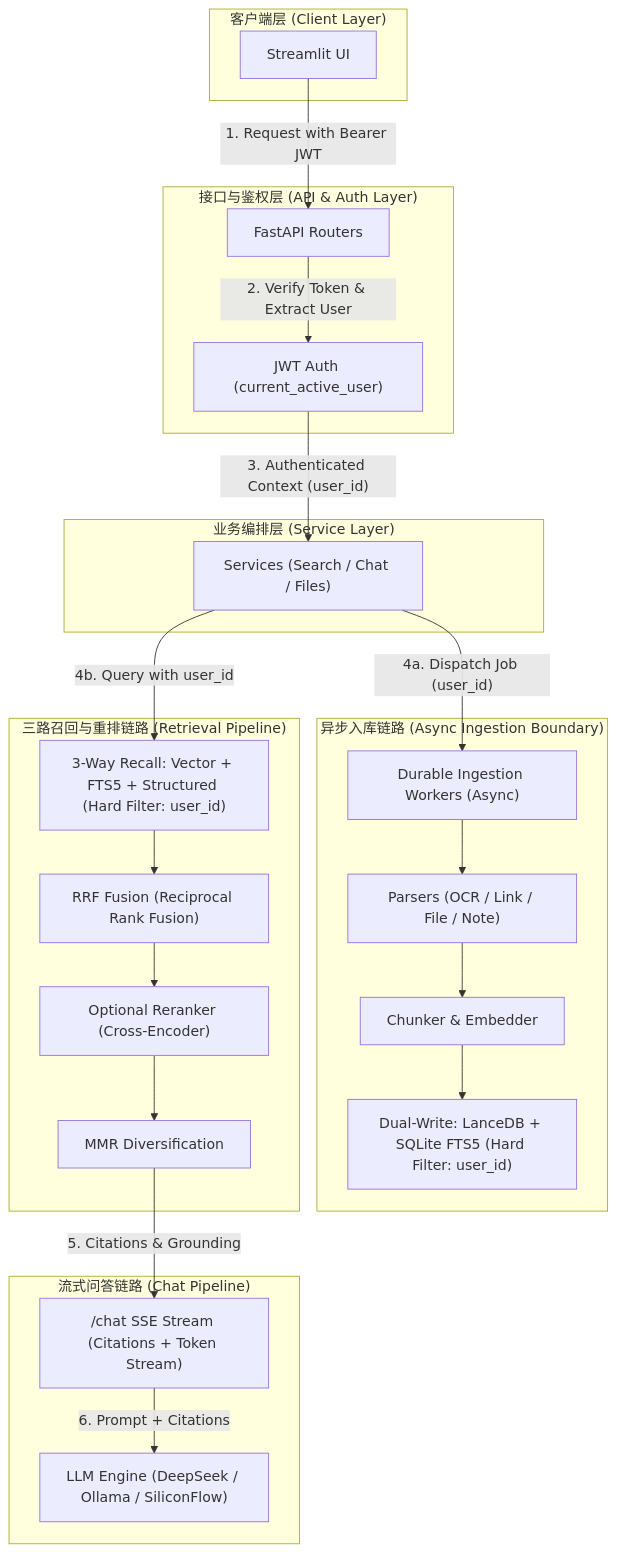
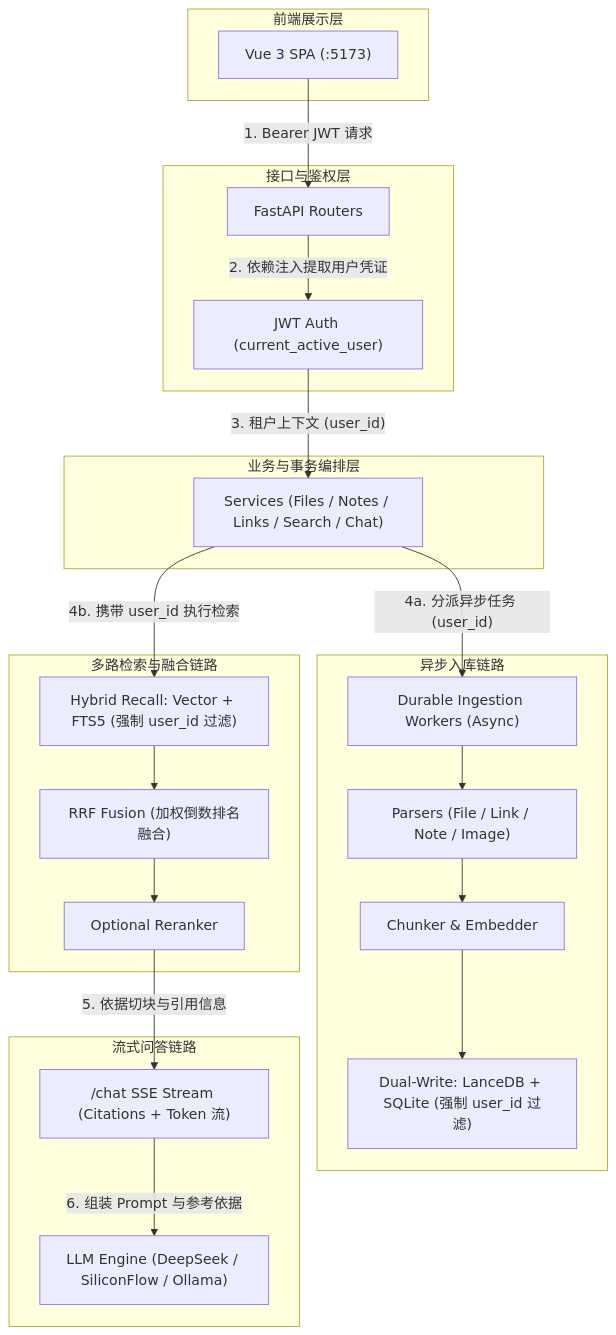
Before and after one commit to lanzaoi/wenjv: the diagram in specs/architecture.md, drawn with Mermaid. The commit also changed other lines of this file and 256 other files, not shown here.

First line of the commit message:
feat(core): upgrade to multimodal RAG with adaptive image search and multi-turn visual chat

````diff
--- a/specs/architecture.md
+++ b/specs/architecture.md
@@ -101,53 +97,51 @@
 ```mermaid
 graph TD
-    subgraph Client ["客户端层 (Client Layer)"]
-        UI["Streamlit UI"]
+    subgraph Client ["前端展示层"]
+        UI["Vue 3 SPA (:5173)"]
     end
 
-    subgraph API ["接口与鉴权层 (API & Auth Layer)"]
+    subgraph API ["接口与鉴权层"]
         Router["FastAPI Routers"]
         Auth["JWT Auth (current_active_user)"]
     end
 
-    subgraph Services ["业务编排层 (Service Layer)"]
-        Service["Services (Search / Chat / Files)"]
+    subgraph Services ["业务与事务编排层"]
+        Service["Services (Files / Notes / Links / Search / Chat)"]
     end
 
-    subgraph Ingestion ["异步入库链路 (Async Ingestion Boundary)"]
+    subgraph Ingestion ["异步入库链路"]
         Worker["Durable Ingestion Workers (Async)"]
-        Parser["Parsers (OCR / Link / File / Note)"]
+        Parser["Parsers (File / Link / Note / Image)"]
         Chunker["Chunker & Embedder"]
-        StoreWrite["Dual-Write: LanceDB + SQLite FTS5 (Hard Filter: user_id)"]
+        StoreWrite["Dual-Write: LanceDB + SQLite (强制 user_id 过滤)"]
     end
 
-    subgraph Retrieval ["三路召回与重排链路 (Retrieval Pipeline)"]
-        Recalls["3-Way Recall: Vector + FTS5 + Structured (Hard Filter: user_id)"]
-        RRF["RRF Fusion (Reciprocal Rank Fusion)"]
-        Rerank["Optional Reranker (Cross-Encoder)"]
-        MMR["MMR Diversification"]
+    subgraph Retrieval ["多路检索与融合链路"]
+        Recalls["Hybrid Recall: Vector + FTS5 (强制 user_id 过滤)"]
+        RRF["RRF Fusion (加权倒数排名融合)"]
+        Rerank["Optional Reranker"]
     end
 
-    subgraph Chat ["流式问答链路 (Chat Pipeline)"]
-        SSE["/chat SSE Stream (Citations + Token Stream)"]
-        LLM["LLM Engine (DeepSeek / Ollama / SiliconFlow)"]
+    subgraph Chat ["流式问答链路"]
+        SSE["/chat SSE Stream (Citations + Token 流)"]
+        LLM["LLM Engine (DeepSeek / SiliconFlow / Ollama)"]
     end
 
     %% Flow connections
-    UI -- "1. Request with Bearer JWT" --> Router
-    Router -- "2. Verify Token & Extract User" --> Auth
-    Auth -- "3. Authenticated Context (user_id)" --> Service
+    UI -- "1. Bearer JWT 请求" --> Router
+    Router -- "2. 依赖注入提取用户凭证" --> Auth
+    Auth -- "3. 租户上下文 (user_id)" --> Service
 
     %% Ingestion branch
-    Service -- "4a. Dispatch Job (user_id)" --> Worker
+    Service -- "4a. 分派异步任务 (user_id)" --> Worker
     Worker --> Parser
     Parser --> Chunker
     Chunker --> StoreWrite
 
     %% Retrieval & Chat branch
-    Service -- "4b. Query with user_id" --> Recalls
+    Service -- "4b. 携带 user_id 执行检索" --> Recalls
     Recalls --> RRF
     RRF --> Rerank
-    Rerank --> MMR
-    MMR -- "5. Citations & Grounding" --> SSE
-    SSE -- "6. Prompt + Citations" --> LLM
+    Rerank -- "5. 依据切块与引用信息" --> SSE
+    SSE -- "6. 组装 Prompt 与参考依据" --> LLM
 ```
````
